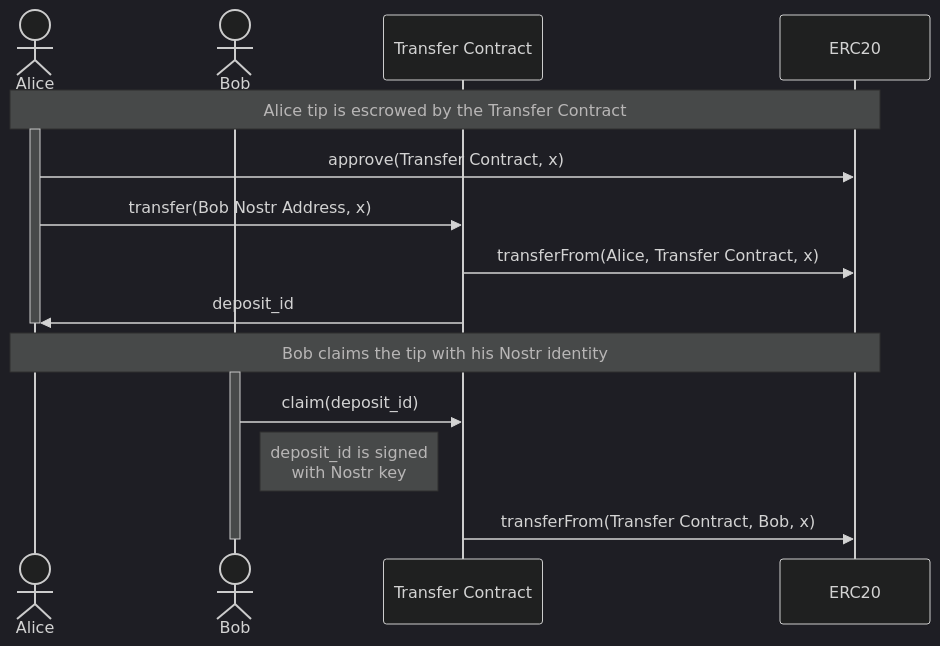
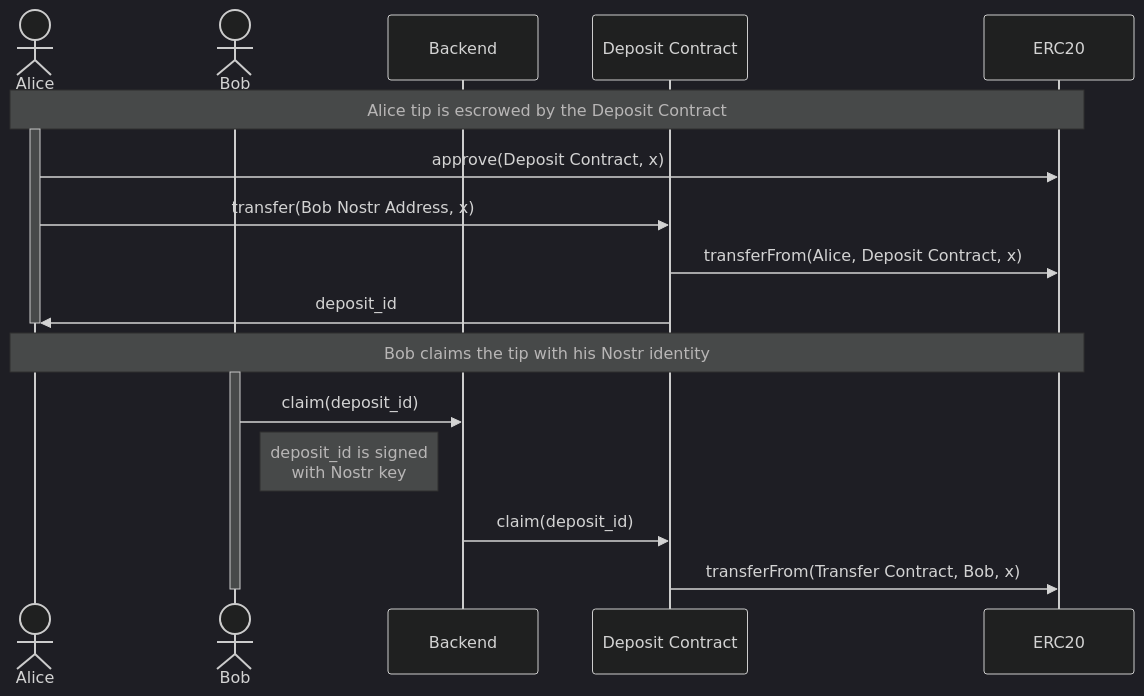
The first of 3 diagrams in README.md (keep-starknet-strange/joyboy), drawn with Mermaid (dark theme) before and after one commit. The commit also changed other lines of this file and 24 other files, not shown here.

````diff
--- a/README.md
+++ b/README.md
@@ -57,23 +57,25 @@
 ```mermaid
 sequenceDiagram
     actor Alice
     actor Bob
-    participant transfer as Transfer Contract
+    participant backend as Backend
+    participant transfer as Deposit Contract
     participant erc20 as ERC20
     
-    Note over Alice,erc20: Alice tip is escrowed by the Transfer Contract
+    Note over Alice,erc20: Alice tip is escrowed by the Deposit Contract
     activate Alice
-    Alice->>erc20: approve(Transfer Contract, x)
+    Alice->>erc20: approve(Deposit Contract, x)
     Alice->>transfer: transfer(Bob Nostr Address, x)
-    transfer->>erc20: transferFrom(Alice, Transfer Contract, x)
+    transfer->>erc20: transferFrom(Alice, Deposit Contract, x)
     transfer->>Alice: deposit_id
     deactivate Alice
 
 
     Note over Alice,erc20: Bob claims the tip with his Nostr identity
     activate Bob
-    Bob->>transfer: claim(deposit_id)
+    Bob->>backend: claim(deposit_id)
     Note right of Bob: deposit_id is signed<br/> with Nostr key
+    backend->>transfer: claim(deposit_id)
     transfer->>erc20: transferFrom(Transfer Contract, Bob, x)
     deactivate Bob 
 ```
````
